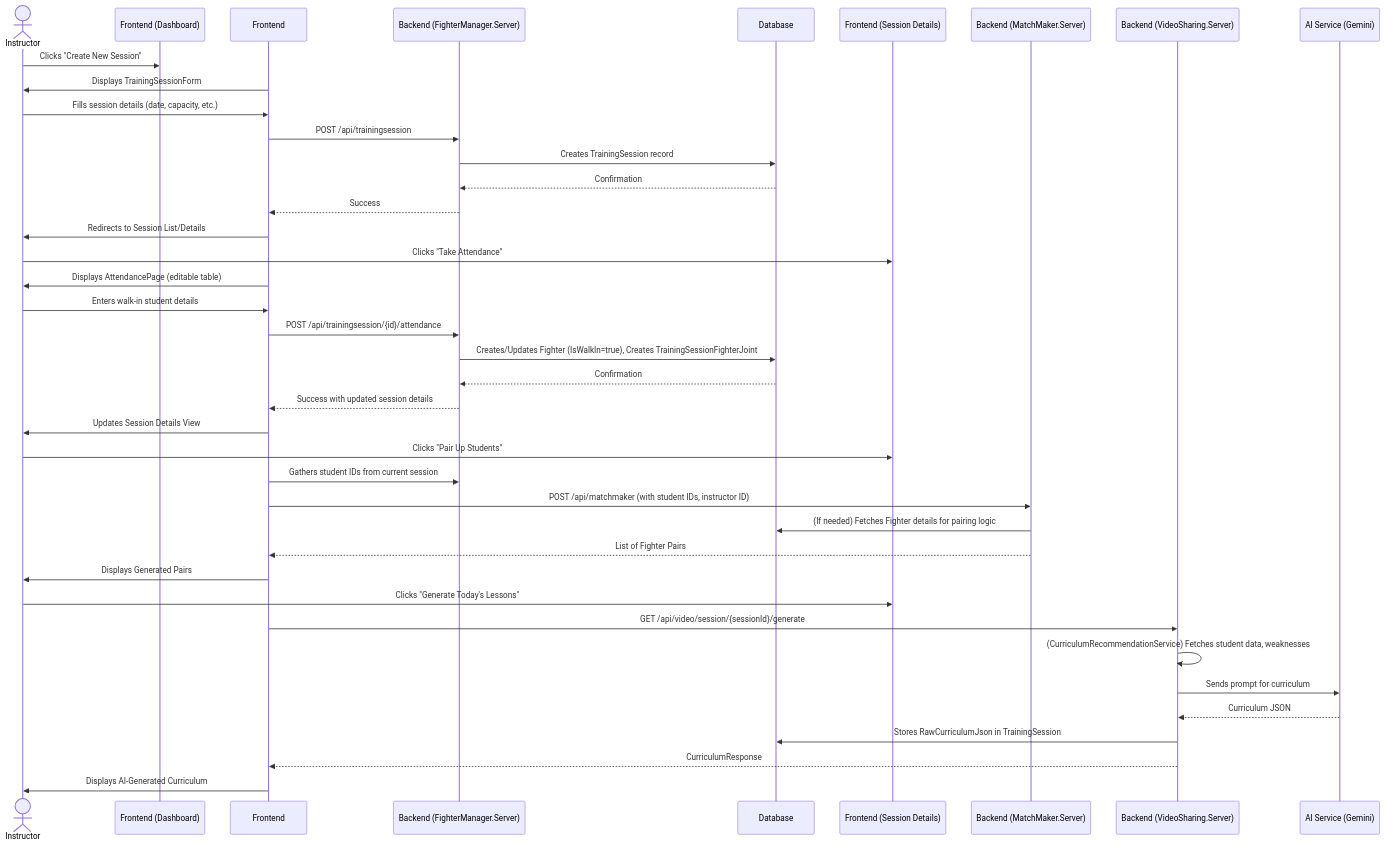
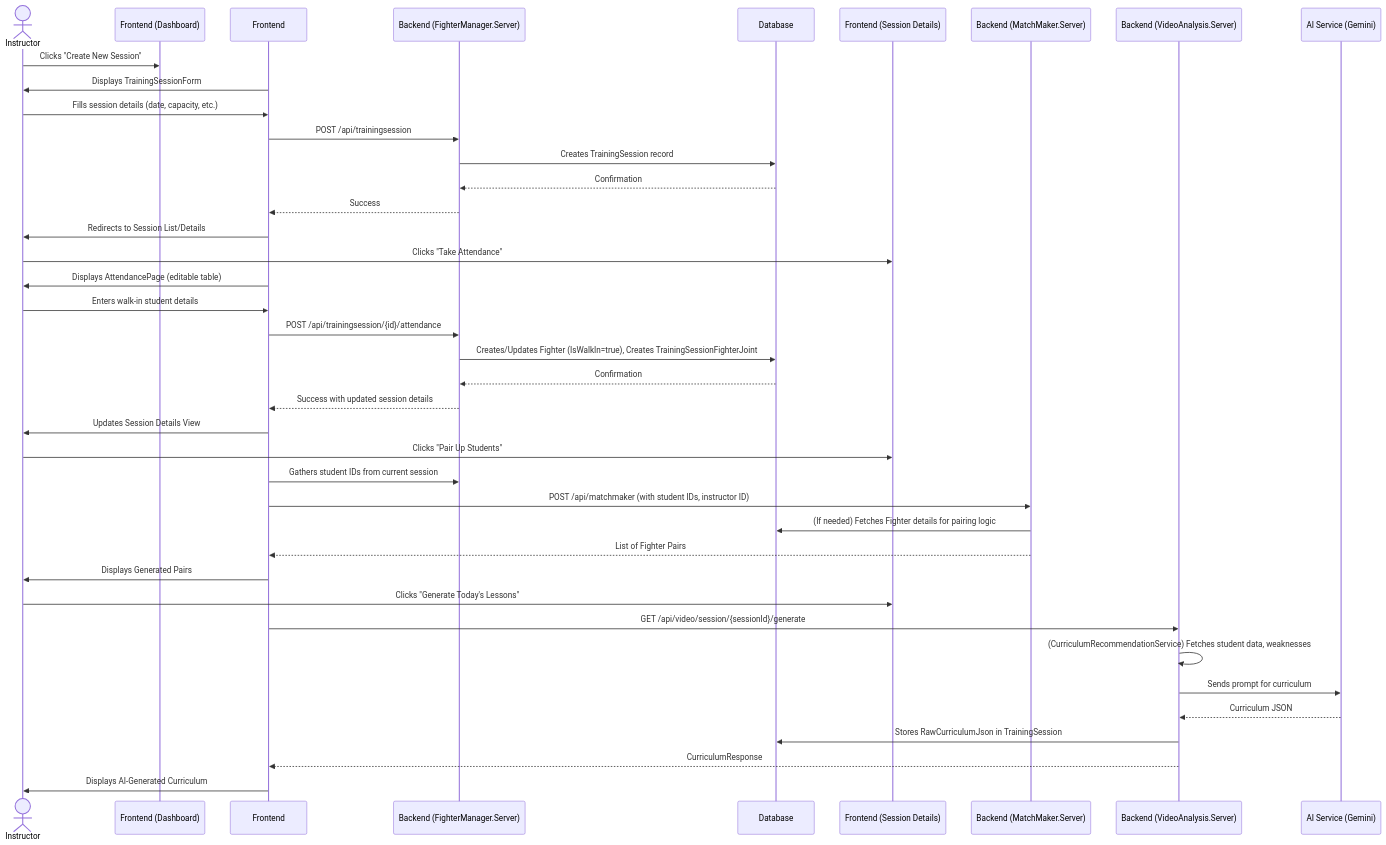
Before and after one commit to vohoanvu/MartialArtTrainingAssistant: the third of 6 diagrams in docs/flow.md, drawn with Mermaid. The commit also changed other lines of this file and 372 other files, not shown here.

Commit message:
Refactor: Rename project to CodeJitsu and VideoSharing to VideoAnalysis

````diff
--- a/docs/flow.md
+++ b/docs/flow.md
@@ -54,37 +54,37 @@
 ```mermaid
 sequenceDiagram
     actor Instructor
     Instructor->>Frontend (Dashboard): Clicks "Create New Session"
     Frontend->>Instructor: Displays TrainingSessionForm
     Instructor->>Frontend: Fills session details (date, capacity, etc.)
     Frontend->>Backend (FighterManager.Server): POST /api/trainingsession
     Backend (FighterManager.Server)->>Database: Creates TrainingSession record
     Database-->>Backend (FighterManager.Server): Confirmation
     Backend (FighterManager.Server)-->>Frontend: Success
     Frontend->>Instructor: Redirects to Session List/Details
 
     Instructor->>Frontend (Session Details): Clicks "Take Attendance"
     Frontend->>Instructor: Displays AttendancePage (editable table)
     Instructor->>Frontend: Enters walk-in student details
     Frontend->>Backend (FighterManager.Server): POST /api/trainingsession/{id}/attendance
     Backend (FighterManager.Server)->>Database: Creates/Updates Fighter (IsWalkIn=true), Creates TrainingSessionFighterJoint
     Database-->>Backend (FighterManager.Server): Confirmation
     Backend (FighterManager.Server)-->>Frontend: Success with updated session details
     Frontend->>Instructor: Updates Session Details View
 
     Instructor->>Frontend (Session Details): Clicks "Pair Up Students"
     Frontend->>Backend (FighterManager.Server): Gathers student IDs from current session
     Frontend->>Backend (MatchMaker.Server): POST /api/matchmaker (with student IDs, instructor ID)
     Backend (MatchMaker.Server)->>Database: (If needed) Fetches Fighter details for pairing logic
     Backend (MatchMaker.Server)-->>Frontend: List of Fighter Pairs
     Frontend->>Instructor: Displays Generated Pairs
 
     Instructor->>Frontend (Session Details): Clicks "Generate Today's Lessons"
-    Frontend->>Backend (VideoSharing.Server): GET /api/video/session/{sessionId}/generate
-    Backend (VideoSharing.Server)->>Backend (VideoSharing.Server): (CurriculumRecommendationService) Fetches student data, weaknesses
-    Backend (VideoSharing.Server)->>AI Service (Gemini): Sends prompt for curriculum
-    AI Service (Gemini)-->>Backend (VideoSharing.Server): Curriculum JSON
-    Backend (VideoSharing.Server)->>Database: Stores RawCurriculumJson in TrainingSession
-    Backend (VideoSharing.Server)-->>Frontend: CurriculumResponse
+    Frontend->>Backend (VideoAnalysis.Server): GET /api/video/session/{sessionId}/generate
+    Backend (VideoAnalysis.Server)->>Backend (VideoAnalysis.Server): (CurriculumRecommendationService) Fetches student data, weaknesses
+    Backend (VideoAnalysis.Server)->>AI Service (Gemini): Sends prompt for curriculum
+    AI Service (Gemini)-->>Backend (VideoAnalysis.Server): Curriculum JSON
+    Backend (VideoAnalysis.Server)->>Database: Stores RawCurriculumJson in TrainingSession
+    Backend (VideoAnalysis.Server)-->>Frontend: CurriculumResponse
     Frontend->>Instructor: Displays AI-Generated Curriculum
 ```
````
